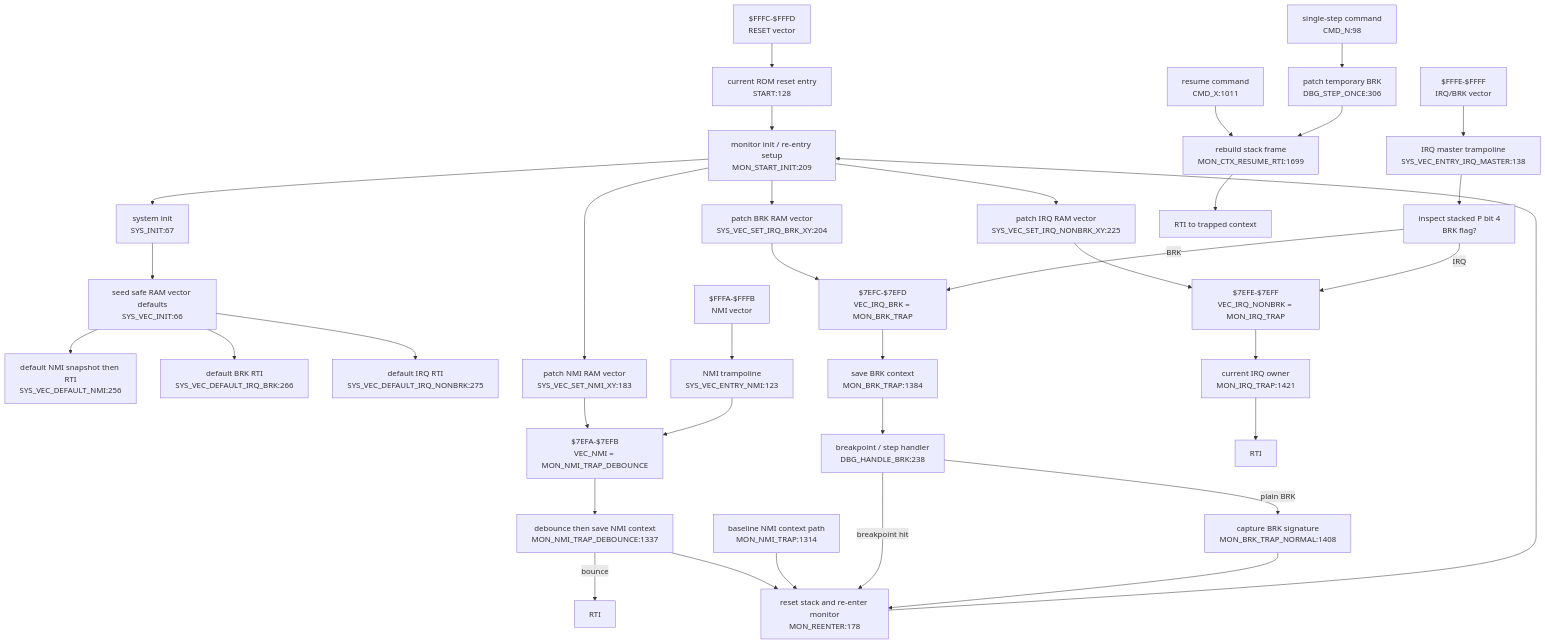
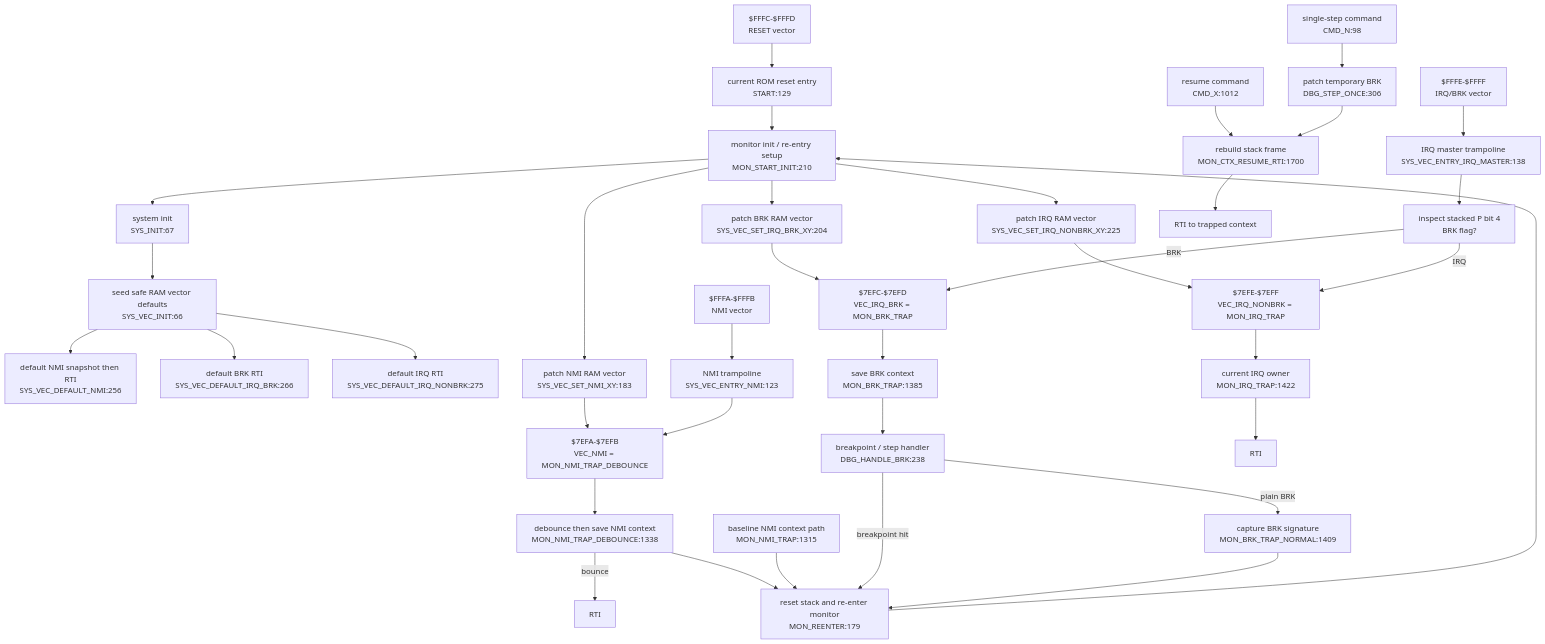
One commit to 95westus/R-YORS changed the diagram in DOC/GENERATED/INTERRUPT_VECTOR_MAP.md. Above: the diagram before and after it, drawn with Mermaid. The commit also changed other lines of this file and 20 other files, not shown here.

````diff
--- a/DOC/GENERATED/INTERRUPT_VECTOR_MAP.md
+++ b/DOC/GENERATED/INTERRUPT_VECTOR_MAP.md
@@ -25,42 +25,42 @@
 ```mermaid
 flowchart TD
-    RESETV["$FFFC-$FFFD<br/>RESET vector"] --> STARTN["current ROM reset entry<br/>START:128"]
-    STARTN --> INIT["monitor init / re-entry setup<br/>MON_START_INIT:209"]
+    RESETV["$FFFC-$FFFD<br/>RESET vector"] --> STARTN["current ROM reset entry<br/>START:129"]
+    STARTN --> INIT["monitor init / re-entry setup<br/>MON_START_INIT:210"]
     INIT --> SYSINIT["system init<br/>SYS_INIT:67"]
     SYSINIT --> VECINIT["seed safe RAM vector defaults<br/>SYS_VEC_INIT:66"]
     VECINIT --> DEFNMI["default NMI snapshot then RTI<br/>SYS_VEC_DEFAULT_NMI:256"]
     VECINIT --> DEFBRK["default BRK RTI<br/>SYS_VEC_DEFAULT_IRQ_BRK:266"]
     VECINIT --> DEFIRQ["default IRQ RTI<br/>SYS_VEC_DEFAULT_IRQ_NONBRK:275"]
 
     INIT --> SETNMI["patch NMI RAM vector<br/>SYS_VEC_SET_NMI_XY:183"]
     INIT --> SETBRK["patch BRK RAM vector<br/>SYS_VEC_SET_IRQ_BRK_XY:204"]
     INIT --> SETIRQ["patch IRQ RAM vector<br/>SYS_VEC_SET_IRQ_NONBRK_XY:225"]
     SETNMI --> VECNMI["$7EFA-$7EFB<br/>VEC_NMI = MON_NMI_TRAP_DEBOUNCE"]
     SETBRK --> VECBRK["$7EFC-$7EFD<br/>VEC_IRQ_BRK = MON_BRK_TRAP"]
     SETIRQ --> VECIRQ["$7EFE-$7EFF<br/>VEC_IRQ_NONBRK = MON_IRQ_TRAP"]
 
     NMIV["$FFFA-$FFFB<br/>NMI vector"] --> NMIENTRY["NMI trampoline<br/>SYS_VEC_ENTRY_NMI:123"]
     NMIENTRY --> VECNMI
-    VECNMI --> NMITRAP["debounce then save NMI context<br/>MON_NMI_TRAP_DEBOUNCE:1337"]
+    VECNMI --> NMITRAP["debounce then save NMI context<br/>MON_NMI_TRAP_DEBOUNCE:1338"]
     NMITRAP -->|bounce| RTINMI["RTI"]
-    NMITRAP --> REENTER["reset stack and re-enter monitor<br/>MON_REENTER:178"]
-    NMIBASE["baseline NMI context path<br/>MON_NMI_TRAP:1314"] --> REENTER
+    NMITRAP --> REENTER["reset stack and re-enter monitor<br/>MON_REENTER:179"]
+    NMIBASE["baseline NMI context path<br/>MON_NMI_TRAP:1315"] --> REENTER
     REENTER --> INIT
 
     IRQV["$FFFE-$FFFF<br/>IRQ/BRK vector"] --> IRQMASTER["IRQ master trampoline<br/>SYS_VEC_ENTRY_IRQ_MASTER:138"]
     IRQMASTER --> SPLIT["inspect stacked P bit 4<br/>BRK flag?"]
     SPLIT -->|BRK| VECBRK
     SPLIT -->|IRQ| VECIRQ
-    VECBRK --> BRKTRAP["save BRK context<br/>MON_BRK_TRAP:1384"]
+    VECBRK --> BRKTRAP["save BRK context<br/>MON_BRK_TRAP:1385"]
     BRKTRAP --> DBGBRK["breakpoint / step handler<br/>DBG_HANDLE_BRK:238"]
     DBGBRK -->|breakpoint hit| REENTER
-    DBGBRK -->|plain BRK| BRKNORMAL["capture BRK signature<br/>MON_BRK_TRAP_NORMAL:1408"]
+    DBGBRK -->|plain BRK| BRKNORMAL["capture BRK signature<br/>MON_BRK_TRAP_NORMAL:1409"]
     BRKNORMAL --> REENTER
-    VECIRQ --> IRQTRAP["current IRQ owner<br/>MON_IRQ_TRAP:1421"]
+    VECIRQ --> IRQTRAP["current IRQ owner<br/>MON_IRQ_TRAP:1422"]
     IRQTRAP --> RTIIRQ["RTI"]
 
-    CMDX["resume command<br/>CMD_X:1011"] --> RESUME["rebuild stack frame<br/>MON_CTX_RESUME_RTI:1699"]
+    CMDX["resume command<br/>CMD_X:1012"] --> RESUME["rebuild stack frame<br/>MON_CTX_RESUME_RTI:1700"]
     CMDN["single-step command<br/>CMD_N:98"] --> STEP["patch temporary BRK<br/>DBG_STEP_ONCE:306"]
     STEP --> RESUME
     RESUME --> RTIRES["RTI to trapped context"]
 ```
````
